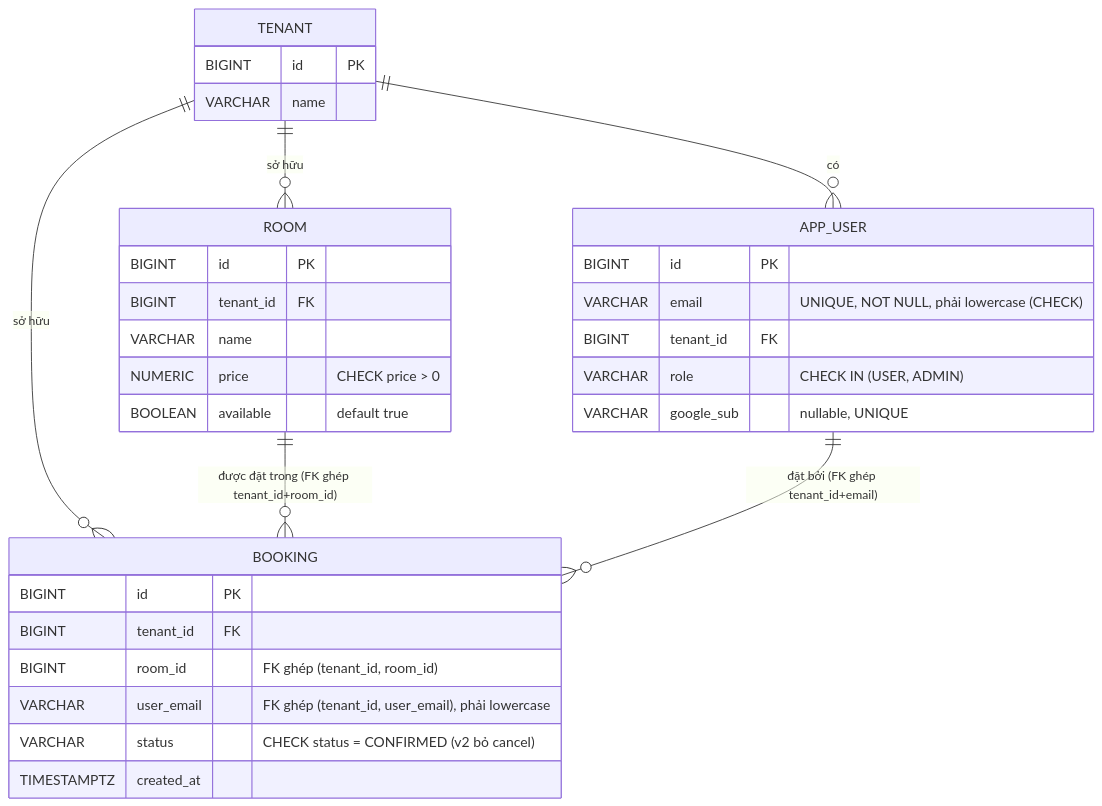
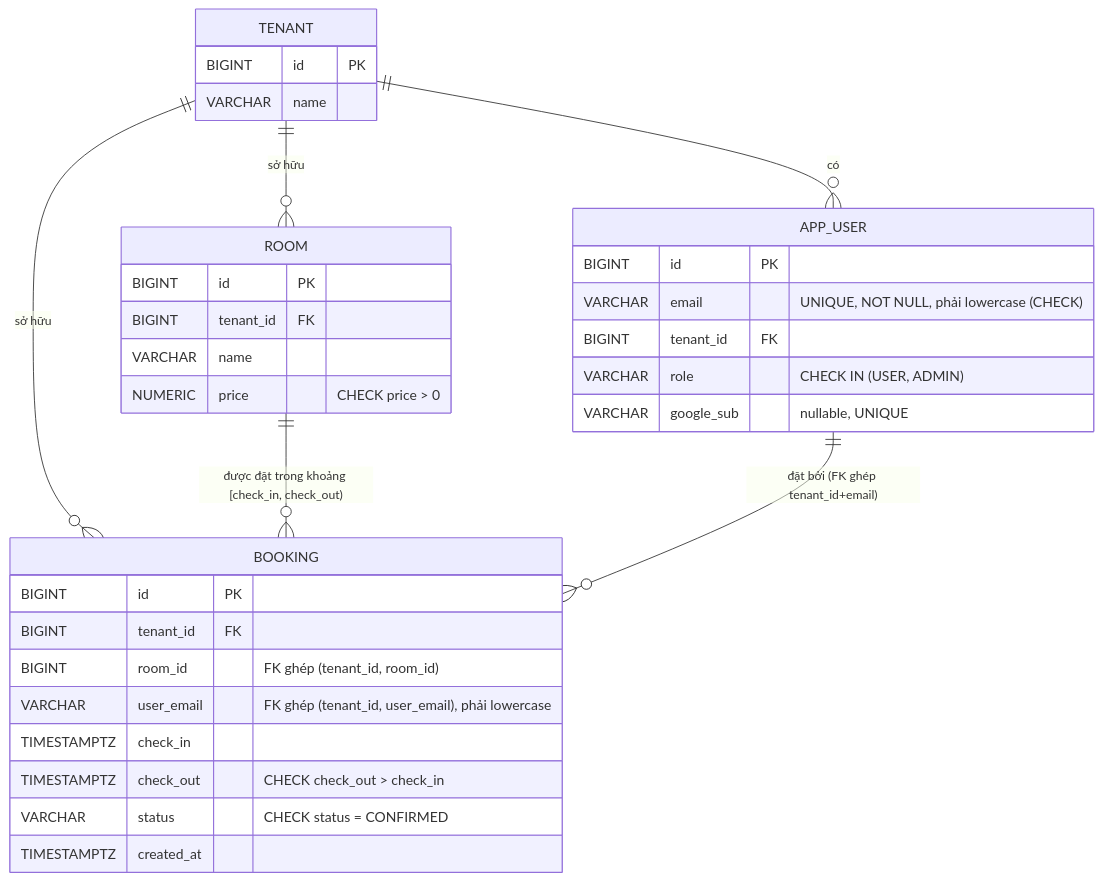
The diagram in docs/erd-v2.md (oabga/HotelBookingSystem), drawn with Mermaid before and after one commit. The commit also changed other lines of this file and 6 other files, not shown here.

````diff
--- a/docs/erd-v2.md
+++ b/docs/erd-v2.md
@@ -7,35 +7,36 @@
 ```mermaid
 erDiagram
     TENANT ||--o{ APP_USER : "có"
     TENANT ||--o{ ROOM : "sở hữu"
     TENANT ||--o{ BOOKING : "sở hữu"
-    ROOM ||--o{ BOOKING : "được đặt trong (FK ghép tenant_id+room_id)"
+    ROOM ||--o{ BOOKING : "được đặt trong khoảng [check_in, check_out)"
     APP_USER ||--o{ BOOKING : "đặt bởi (FK ghép tenant_id+email)"
 
     TENANT {
         BIGINT id PK
         VARCHAR name
     }
     APP_USER {
         BIGINT id PK
         VARCHAR email "UNIQUE, NOT NULL, phải lowercase (CHECK)"
         BIGINT tenant_id FK
         VARCHAR role "CHECK IN (USER, ADMIN)"
         VARCHAR google_sub "nullable, UNIQUE"
     }
     ROOM {
         BIGINT id PK
         BIGINT tenant_id FK
         VARCHAR name
         NUMERIC price "CHECK price > 0"
-        BOOLEAN available "default true"
     }
     BOOKING {
         BIGINT id PK
         BIGINT tenant_id FK
         BIGINT room_id "FK ghép (tenant_id, room_id)"
         VARCHAR user_email "FK ghép (tenant_id, user_email), phải lowercase"
-        VARCHAR status "CHECK status = CONFIRMED (v2 bỏ cancel)"
+        TIMESTAMPTZ check_in
+        TIMESTAMPTZ check_out "CHECK check_out > check_in"
+        VARCHAR status "CHECK status = CONFIRMED"
         TIMESTAMPTZ created_at
     }
 ```
````
